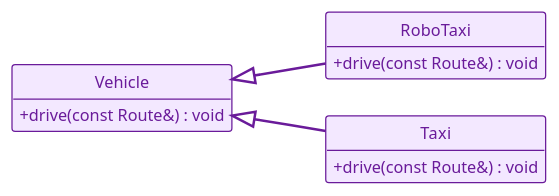
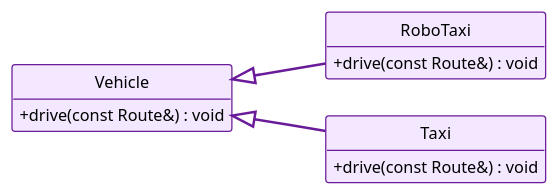
One commit to zeidk/enpm702-fall-2026-cpp changed the diagram in project/week9/uml/model_l9_drive.plantuml. Above: the diagram before and after it, drawn with PlantUML. The commit also changed 39 other files, not shown here.

```diff
--- a/project/week9/uml/model_l9_drive.plantuml
+++ b/project/week9/uml/model_l9_drive.plantuml
@@ -1,30 +1,30 @@
 @startuml model_l9_drive
 ' Generated for the slides.
 !theme mono
 skinparam backgroundColor white
 skinparam defaultFontName "Fira Sans"
 skinparam defaultFontSize 13
 skinparam shadowing false
 skinparam classAttributeIconSize 0
 skinparam nodesep 30
 skinparam ranksep 75
 skinparam ArrowThickness 1.5
 hide circle
 hide empty members
 
 
 left to right direction
 
-class Vehicle #back:F3E8FF;line:6A1B9A;text:6A1B9A {
+class Vehicle #back:F3E8FF;line:6A1B9A;text:000000 {
   + drive(const Route&) : void
 }
-class RoboTaxi #back:F3E8FF;line:6A1B9A;text:6A1B9A {
+class RoboTaxi #back:F3E8FF;line:6A1B9A;text:000000 {
   + drive(const Route&) : void
 }
-class Taxi #back:F3E8FF;line:6A1B9A;text:6A1B9A {
+class Taxi #back:F3E8FF;line:6A1B9A;text:000000 {
   + drive(const Route&) : void
 }
 
 Vehicle <|-[#6A1B9A,thickness=2]- RoboTaxi
 Vehicle <|-[#6A1B9A,thickness=2]- Taxi
 @enduml
```
